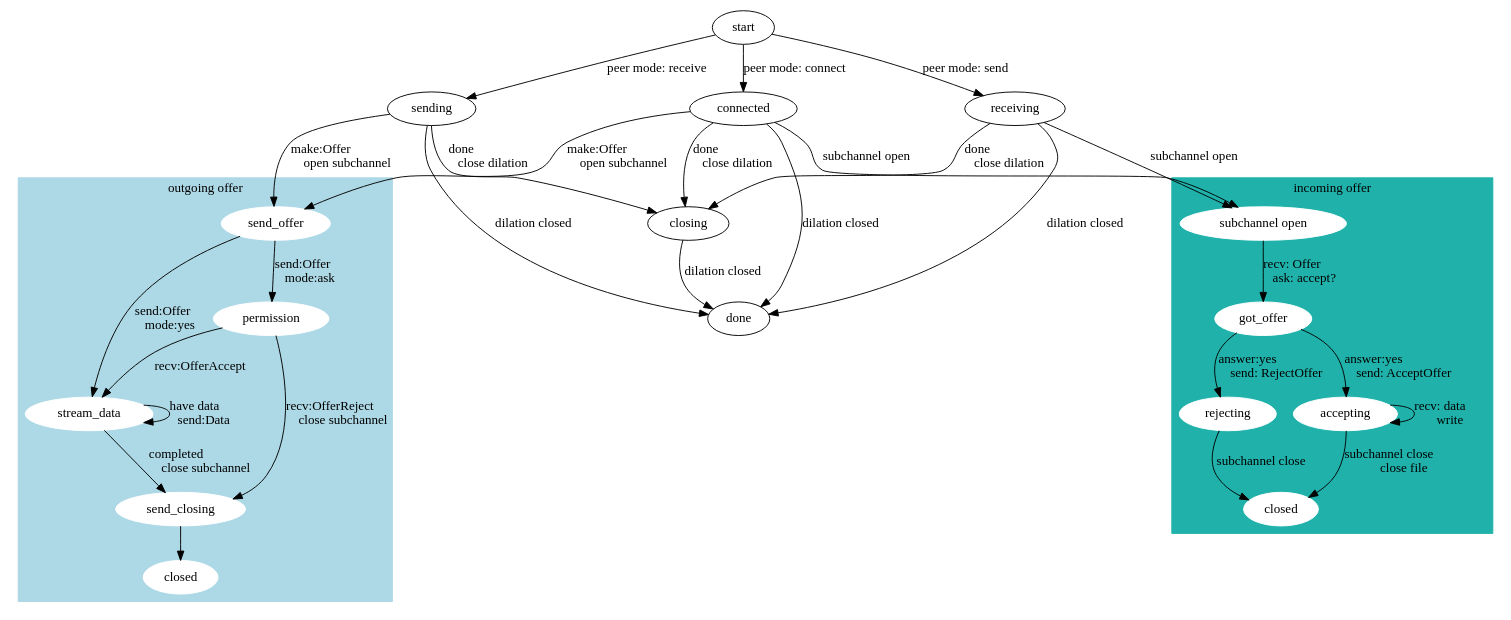
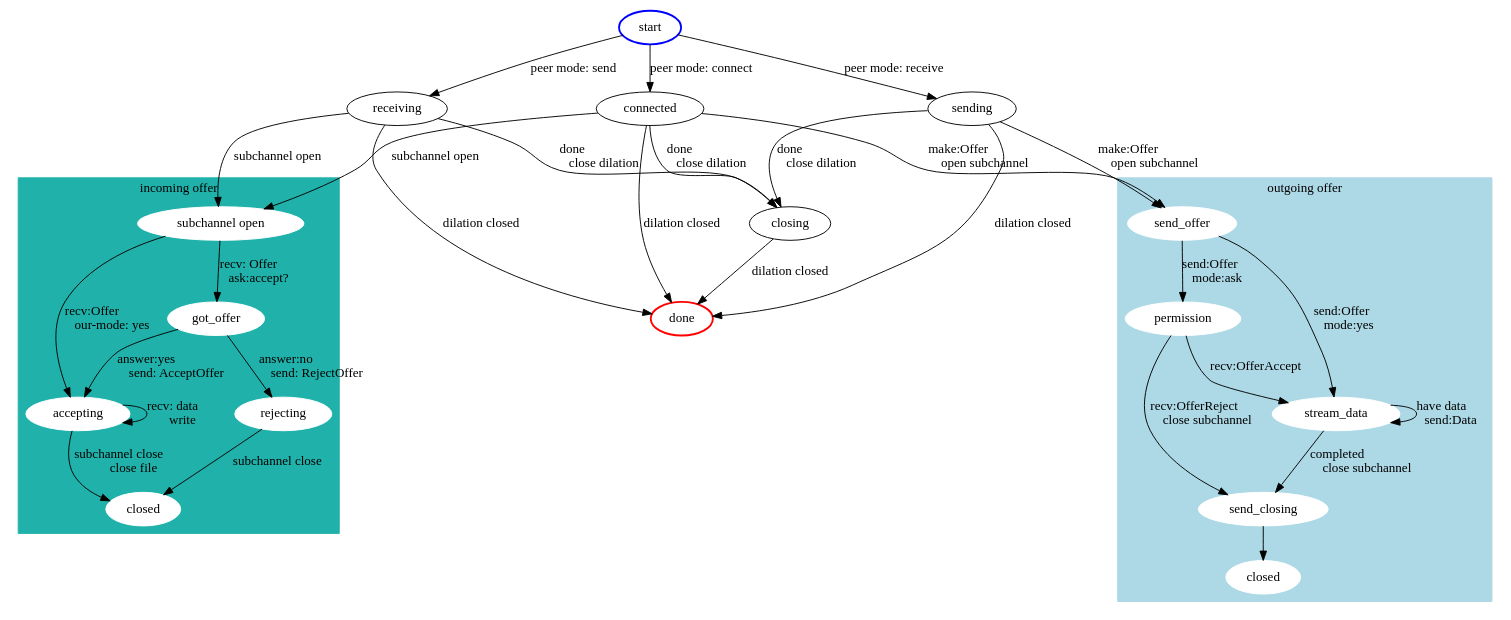
Before and after one commit to magic-wormhole/magic-wormhole-protocols: the diagram in dilated-file-transfer.dot, drawn with Graphviz.

Commit message:
tweak diagram

```diff
--- a/dilated-file-transfer.dot
+++ b/dilated-file-transfer.dot
@@ -1,68 +1,64 @@
 digraph {
 
-    start[rank=1];
+    start[color=blue style=bold];
+    done[color=red style=bold];
     start -> connected [label="peer mode: connect \l"];
     start -> receiving [label="peer mode: send \l"];
     start -> sending [label="peer mode: receive \l"];
-
-    connected[rank=2];
-    receiving[rank=2];
-    sending[rank=2];
 
     connected -> offer_start [label="subchannel open \l"];
     connected -> send_offer [label="make:Offer\lopen subchannel"];
 
     receiving -> offer_start [label="subchannel open \l"];
     sending -> send_offer [label="make:Offer\lopen subchannel"];
 
     subgraph cluster_receive {
-    rank=same;
         label="incoming offer";
         color=lightseagreen;
         style=filled;
         node[color=white; style=filled;];
 
         offer_start[color=white style=filled label="subchannel open"];
-        offer_start -> got_offer [label="recv: Offer\lask: accept?"];
+        offer_start -> accepting [label="recv:Offer\lour-mode: yes"];
+        offer_start -> got_offer [label="recv: Offer\lask:accept?"];
         got_offer -> accepting [label="answer:yes\lsend: AcceptOffer"];
-        got_offer -> rejecting [label="answer:yes\lsend: RejectOffer"];
+        got_offer -> rejecting [label="answer:no\lsend: RejectOffer"];
 
         accepting -> accepting [label="recv: data \lwrite"];
 
         recv_closed [label="closed"];
         accepting -> recv_closed [label="subchannel close \lclose file"];
 
         rejecting -> recv_closed [label="subchannel close \l"]
     }
 
     subgraph cluster_send {
-    rank=same;
         label="outgoing offer";
         color=lightblue;
         style=filled;
         node[color=white; style=filled;];
 
         send_offer[color=white style=filled];
         send_offer -> permission [label="send:Offer\lmode:ask"];
         permission -> stream_data [label="recv:OfferAccept\l"];
         permission -> send_closing [label="recv:OfferReject\lclose subchannel"];
         send_offer -> stream_data [label="send:Offer\lmode:yes"];
 
         stream_data -> stream_data [label="have data\lsend:Data"];
 
         stream_data -> send_closing [label="completed\lclose subchannel"];
         send_closed [label="closed"];
         send_closing -> send_closed [labe="subchannel close"];
     }
 
     // "we" close down first
     receiving -> closing [label="done\lclose dilation"];
     sending -> closing [label="done\lclose dilation"];
     connected -> closing [label="done\lclose dilation"];
     closing -> done [label="dilation closed\l"]
 
     // "they" close down first
     receiving -> done [label="dilation closed\l"];
     sending -> done [label="dilation closed\l"];
     connected -> done [label="dilation closed\l"];
 }
```
